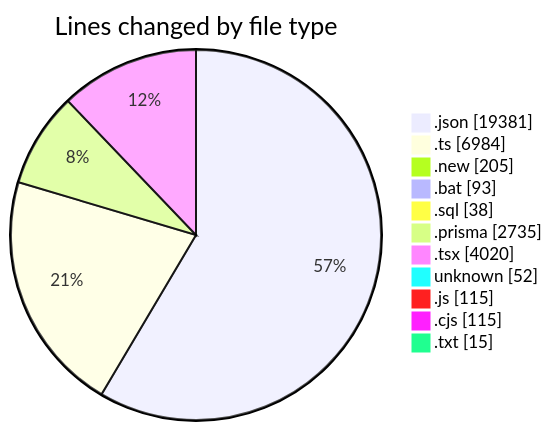
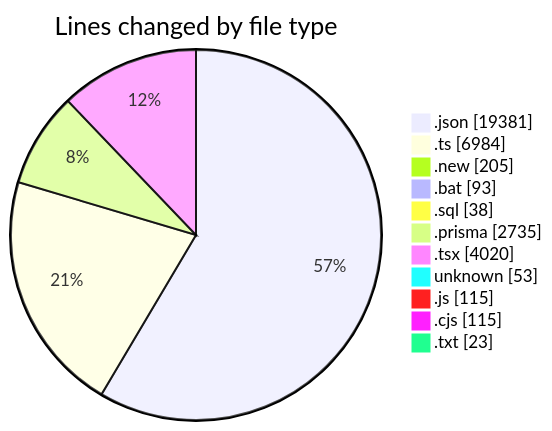
The first of 2 diagrams in 2025-05-20/ecodeli-1/README.md (CELIANVF/code-tracking), drawn with Mermaid before and after one commit. The commit also changed other lines of this file and 1 other file, not shown here.

````diff
--- a/2025-05-20/ecodeli-1/README.md
+++ b/2025-05-20/ecodeli-1/README.md
@@ -77,15 +77,15 @@
 ```mermaid
 pie showData
 title Lines changed by file type
 ".json" : 19381
 ".ts" : 6984
 ".new" : 205
 ".bat" : 93
 ".sql" : 38
 ".prisma" : 2735
 ".tsx" : 4020
-"unknown" : 52
+"unknown" : 53
 ".js" : 115
 ".cjs" : 115
-".txt" : 15
+".txt" : 23
 ```
````
